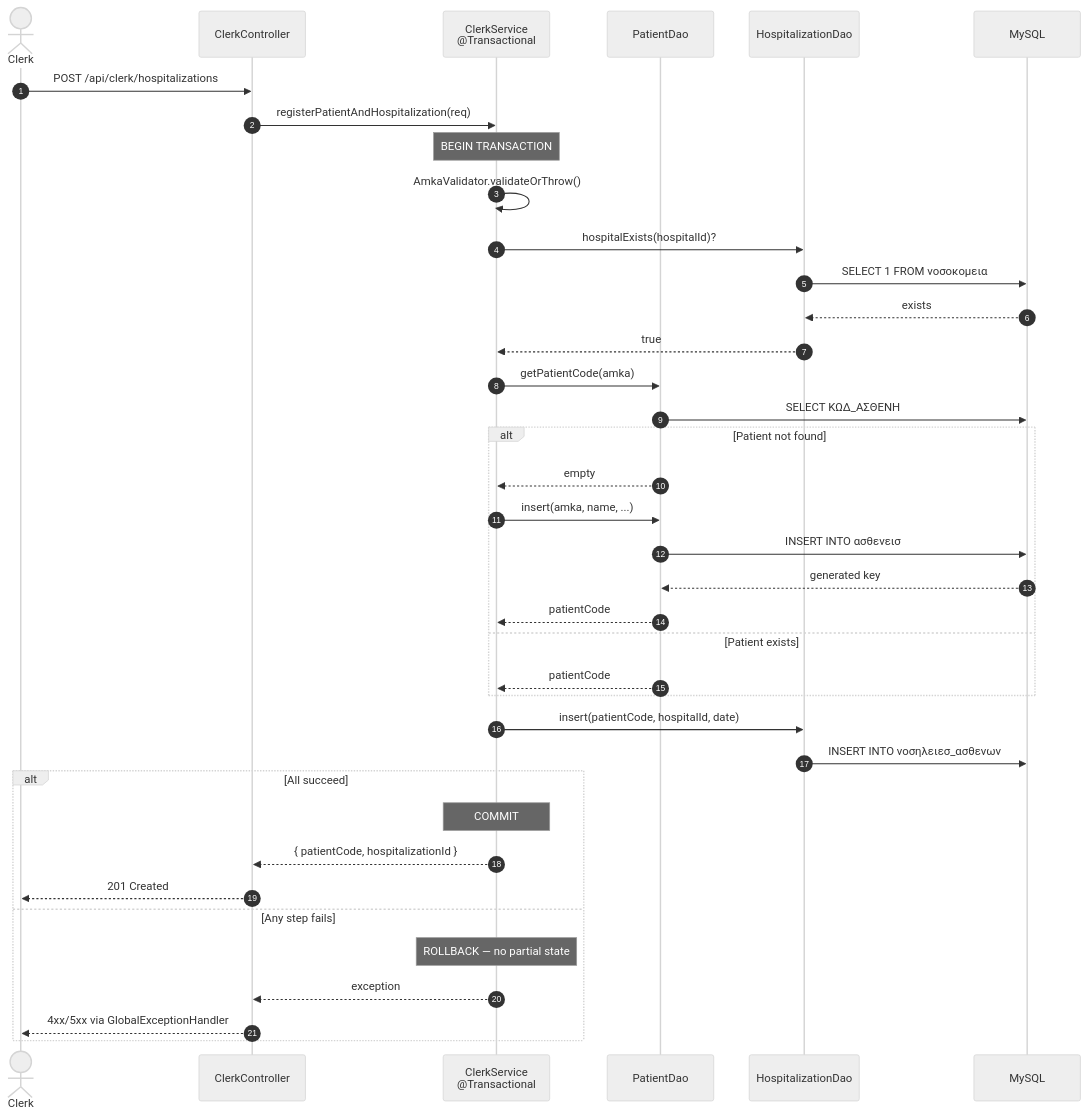
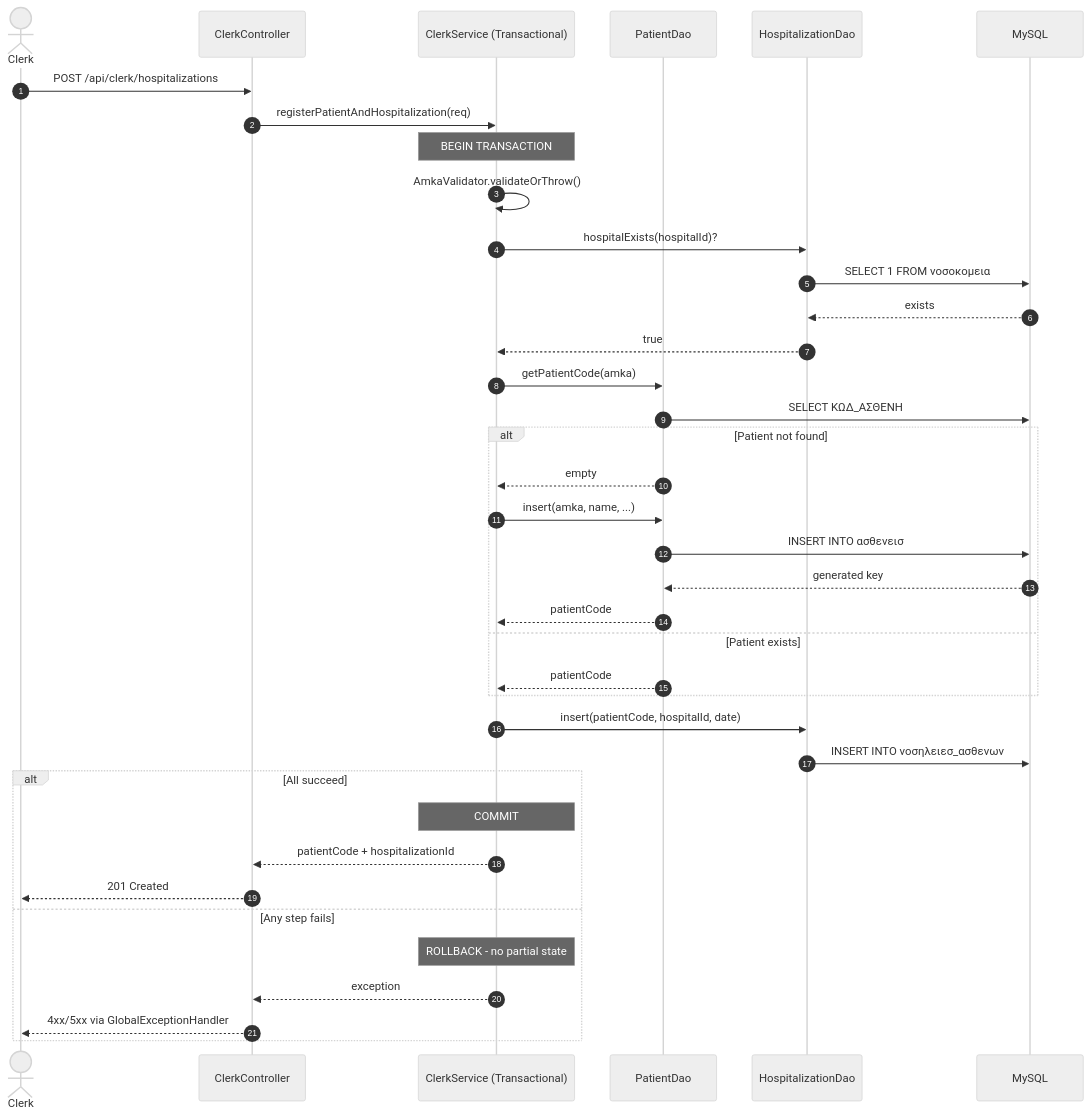
Before and after one commit to DimitriosDalaklidhs/spring-boot-Greek-hospital-system: the third of 3 diagrams in README.md, drawn with Mermaid (neutral theme). The commit also changed other lines of this file, not shown here.

````diff
--- a/README.md
+++ b/README.md
@@ -212,46 +212,46 @@
 ```mermaid
 sequenceDiagram
     autonumber
     actor Clerk
     participant Ctrl as ClerkController
-    participant Svc as ClerkService<br/>@Transactional
+    participant Svc as ClerkService (Transactional)
     participant PDao as PatientDao
     participant HDao as HospitalizationDao
     participant DB as MySQL
 
     Clerk->>Ctrl: POST /api/clerk/hospitalizations
     Ctrl->>Svc: registerPatientAndHospitalization(req)
 
     Note over Svc: BEGIN TRANSACTION
 
     Svc->>Svc: AmkaValidator.validateOrThrow()
     Svc->>HDao: hospitalExists(hospitalId)?
     HDao->>DB: SELECT 1 FROM νοσοκομεια
     DB-->>HDao: exists
     HDao-->>Svc: true
 
     Svc->>PDao: getPatientCode(amka)
     PDao->>DB: SELECT ΚΩΔ_ΑΣΘΕΝΗ
     alt Patient not found
         PDao-->>Svc: empty
         Svc->>PDao: insert(amka, name, ...)
         PDao->>DB: INSERT INTO ασθενεισ
         DB-->>PDao: generated key
         PDao-->>Svc: patientCode
     else Patient exists
         PDao-->>Svc: patientCode
     end
 
     Svc->>HDao: insert(patientCode, hospitalId, date)
     HDao->>DB: INSERT INTO νοσηλειεσ_ασθενων
 
     alt All succeed
         Note over Svc: COMMIT
-        Svc-->>Ctrl: { patientCode, hospitalizationId }
+        Svc-->>Ctrl: patientCode + hospitalizationId
         Ctrl-->>Clerk: 201 Created
     else Any step fails
-        Note over Svc: ROLLBACK — no partial state
+        Note over Svc: ROLLBACK - no partial state
         Svc-->>Ctrl: exception
         Ctrl-->>Clerk: 4xx/5xx via GlobalExceptionHandler
     end
 ```
````
